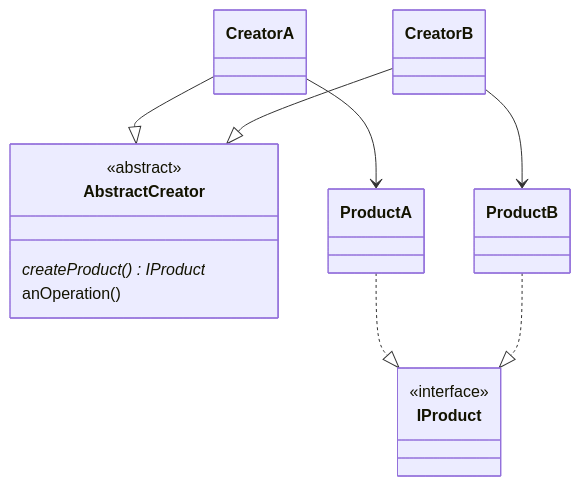
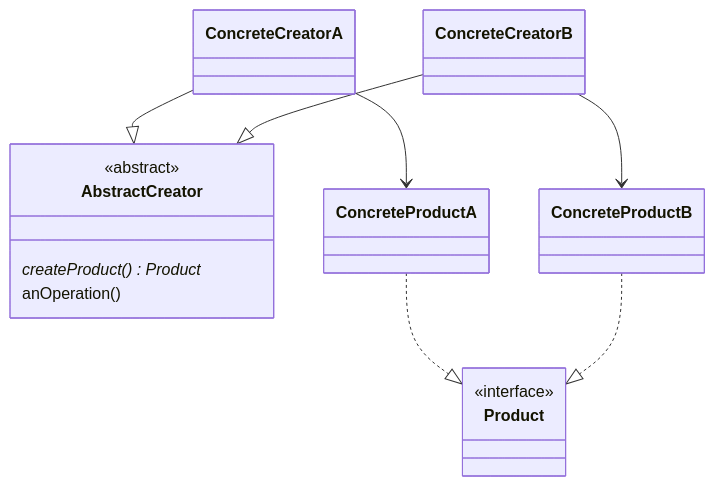
Before and after one commit to nick990/design-patterns: the first of 2 diagrams in factory-method/README.md, drawn with Mermaid. The commit also changed other lines of this file and 5 other files, not shown here.

````diff
--- a/factory-method/README.md
+++ b/factory-method/README.md
@@ -2,33 +2,33 @@
 ```mermaid
 classDiagram
-    class IProduct{
+    class Product{
         <<interface>>
     }
 
     class AbstractCreator{
         <<abstract>>
-        createProduct() IProduct*
+        createProduct() Product*
         anOperation()
     }
 
-    class ProductA{
+    class ConcreteProductA{
 
     }
-    ProductA ..|> IProduct
-    class ProductB{
+    ConcreteProductA ..|> Product
+    class ConcreteProductB{
 
     }
-    ProductB ..|> IProduct
+    ConcreteProductB ..|> Product
 
-    class CreatorA{
+    class ConcreteCreatorA{
 
     }
-    CreatorA --|> AbstractCreator
-    CreatorA --> ProductA
+    ConcreteCreatorA --|> AbstractCreator
+    ConcreteCreatorA --> ConcreteProductA
 
-    class CreatorB{
+    class ConcreteCreatorB{
 
     }
-    CreatorB --|> AbstractCreator
-    CreatorB --> ProductB
+    ConcreteCreatorB --|> AbstractCreator
+    ConcreteCreatorB --> ConcreteProductB
 ```
````
